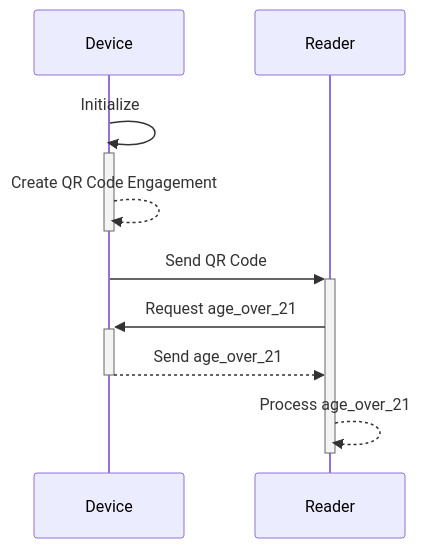
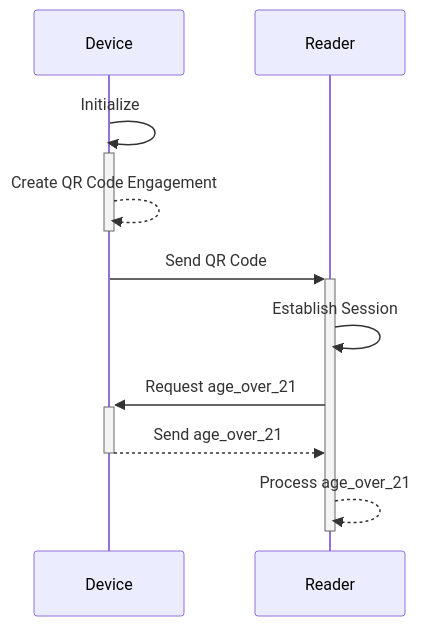
Before and after one commit to spruceid/isomdl: the diagram in README.md, drawn with Mermaid. The commit also changed other lines of this file, not shown here.

Commit message:
updated diagram for simulated device and reader interaction

````diff
--- a/README.md
+++ b/README.md
@@ -28,9 +28,10 @@
 ```mermaid
 sequenceDiagram
     Device ->>+ Device: Initialize
     Device -->>- Device: Create QR Code Engagement
     Device ->>+ Reader: Send QR Code
+    Reader ->> Reader: Establish Session
     Reader ->>+ Device: Request age_over_21
     Device -->>- Reader: Send age_over_21
     Reader -->>- Reader: Process age_over_21
 ```
````
